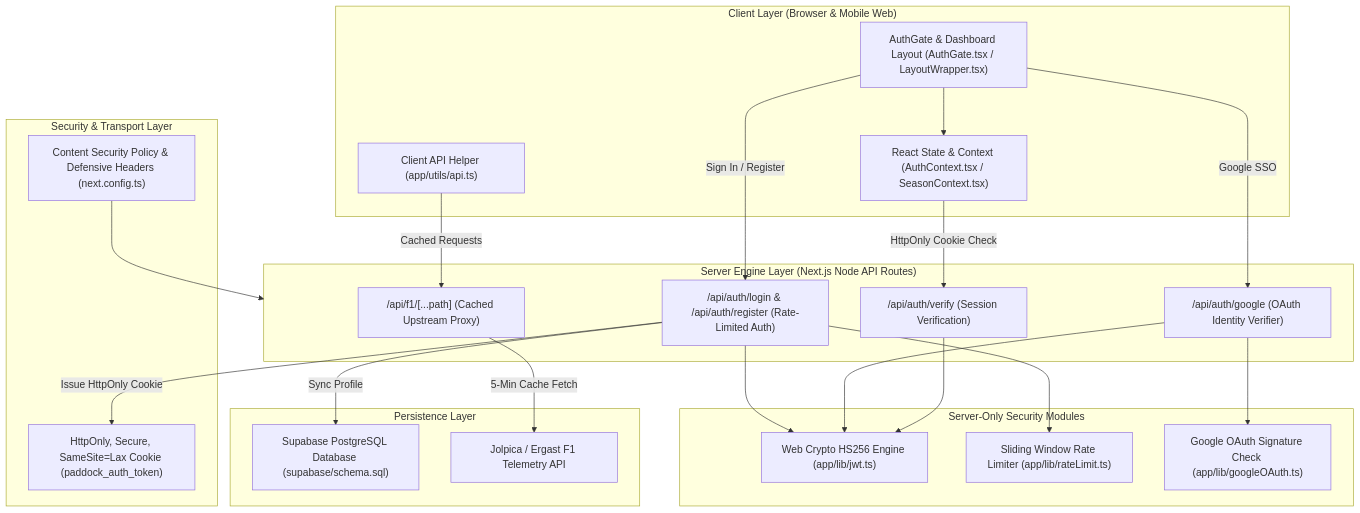
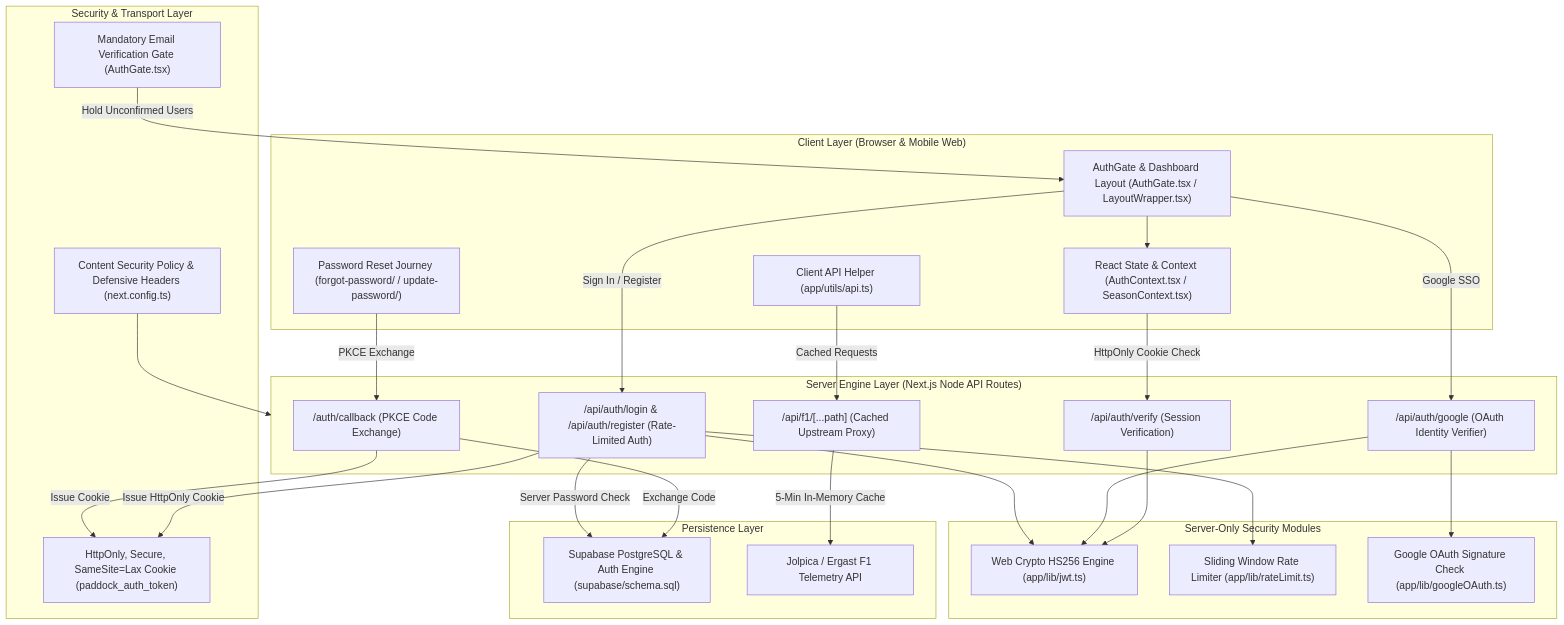
Before and after one commit to Hritik983567-Art/paddock: the diagram in DOCUMENTATION.md, drawn with Mermaid. The commit also changed other lines of this file, not shown here.

Commit message:
docs: expand DOCUMENTATION.md with deep system architecture data flow diagram and rigorous component technical explanations

````diff
--- a/DOCUMENTATION.md
+++ b/DOCUMENTATION.md
@@ -9,48 +11,55 @@
 ```mermaid
 graph TD
     subgraph Client ["Client Layer (Browser & Mobile Web)"]
         UI["AuthGate & Dashboard Layout (AuthGate.tsx / LayoutWrapper.tsx)"]
         CTX["React State & Context (AuthContext.tsx / SeasonContext.tsx)"]
         FETCH["Client API Helper (app/utils/api.ts)"]
+        FORGOT["Password Reset Journey (forgot-password/ / update-password/)"]
     end
 
     subgraph Middleware ["Security & Transport Layer"]
         CSP["Content Security Policy & Defensive Headers (next.config.ts)"]
         COOKIE["HttpOnly, Secure, SameSite=Lax Cookie (paddock_auth_token)"]
+        EMAIL_GATE["Mandatory Email Verification Gate (AuthGate.tsx)"]
     end
 
     subgraph Backend ["Server Engine Layer (Next.js Node API Routes)"]
         VERIFY["/api/auth/verify (Session Verification)"]
         LOGIN["/api/auth/login & /api/auth/register (Rate-Limited Auth)"]
+        CALLBACK["/auth/callback (PKCE Code Exchange)"]
         GOOGLE["/api/auth/google (OAuth Identity Verifier)"]
         PROXY["/api/f1/[...path] (Cached Upstream Proxy)"]
     end
 
     subgraph SecurityLib ["Server-Only Security Modules"]
         JWT["Web Crypto HS256 Engine (app/lib/jwt.ts)"]
         RL["Sliding Window Rate Limiter (app/lib/rateLimit.ts)"]
         GOAUTH["Google OAuth Signature Check (app/lib/googleOAuth.ts)"]
     end
 
     subgraph Database ["Persistence Layer"]
-        SUPA["Supabase PostgreSQL Database (supabase/schema.sql)"]
+        SUPA["Supabase PostgreSQL & Auth Engine (supabase/schema.sql)"]
         JOLP["Jolpica / Ergast F1 Telemetry API"]
     end
 
     UI --> CTX
     CTX -->|HttpOnly Cookie Check| VERIFY
     UI -->|Sign In / Register| LOGIN
     UI -->|Google SSO| GOOGLE
+    FORGOT -->|PKCE Exchange| CALLBACK
     FETCH -->|Cached Requests| PROXY
 
     CSP --> Backend
     LOGIN --> RL
     LOGIN --> JWT
+    LOGIN -->|Server Password Check| SUPA
     GOOGLE --> GOAUTH
     GOOGLE --> JWT
     VERIFY --> JWT
+    CALLBACK -->|Exchange Code| SUPA
+    CALLBACK -->|Issue Cookie| COOKIE
 
     LOGIN -->|Issue HttpOnly Cookie| COOKIE
-    LOGIN -->|Sync Profile| SUPA
-    PROXY -->|5-Min Cache Fetch| JOLP
+    EMAIL_GATE -->|Hold Unconfirmed Users| UI
+    PROXY -->|5-Min In-Memory Cache| JOLP
 ```
````
